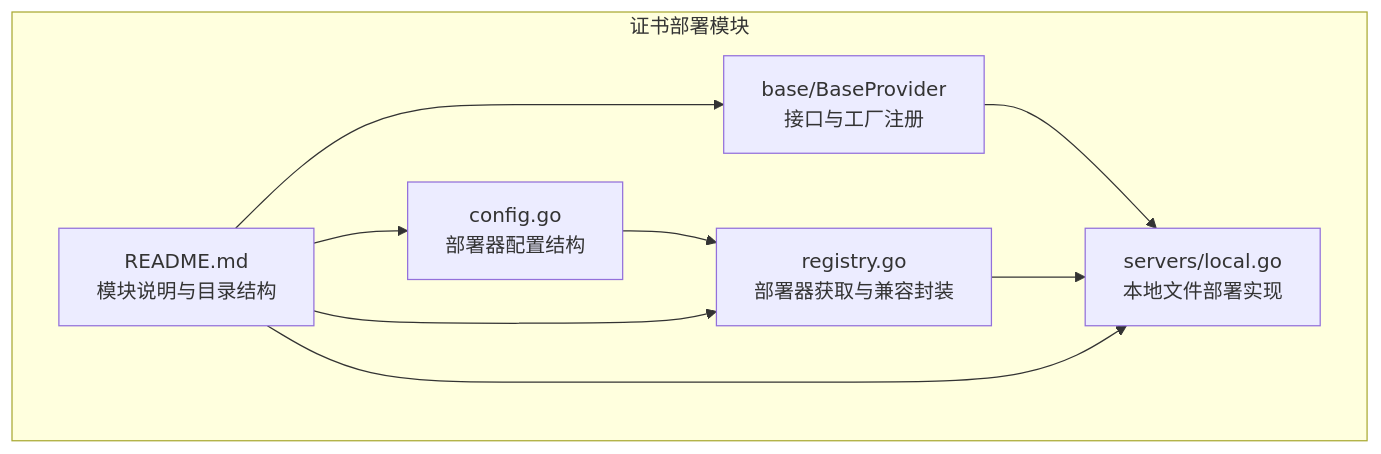
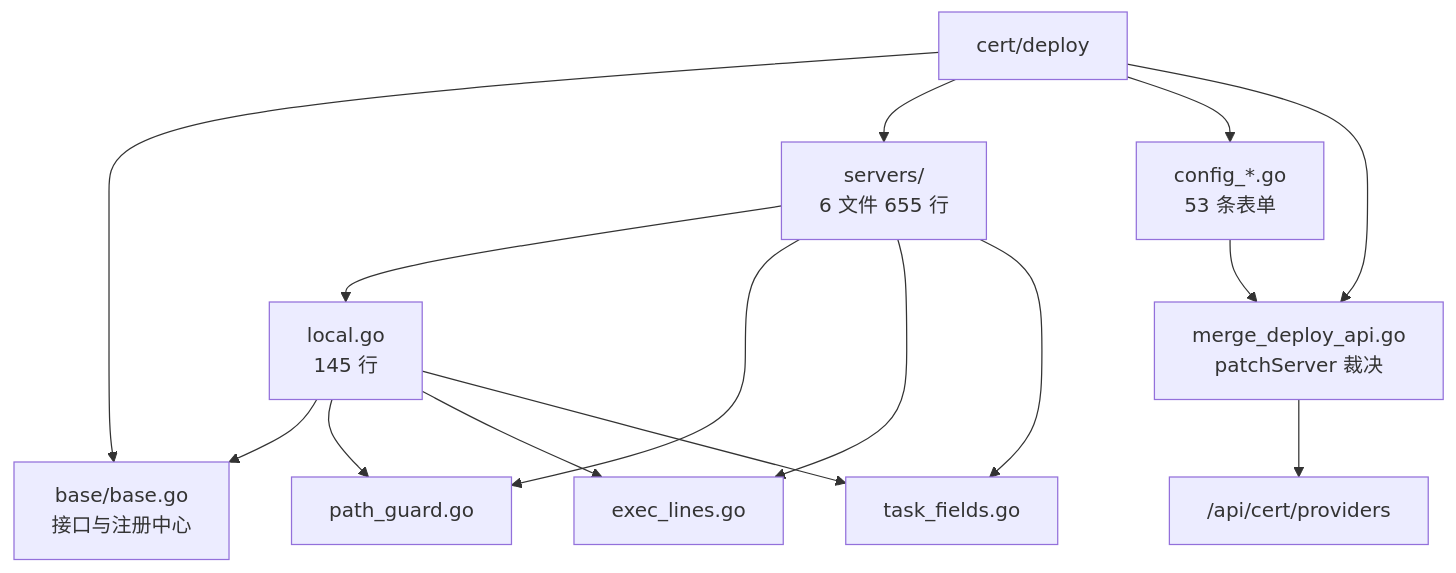
Before and after one commit to x01n/dnsplane: the first of 6 diagrams in docs/证书管理功能/证书部署策略/本地文件部署.md, drawn with Mermaid. The commit also changed other lines of this file and 326 other files, not shown here.

````diff
--- a/docs/证书管理功能/证书部署策略/本地文件部署.md
+++ b/docs/证书管理功能/证书部署策略/本地文件部署.md
@@ -33,17 +102,27 @@
 ```mermaid
 graph TB
-subgraph "证书部署模块"
-A["base/BaseProvider<br/>接口与工厂注册"]
-B["servers/local.go<br/>本地文件部署实现"]
-C["config.go<br/>部署器配置结构"]
-D["registry.go<br/>部署器获取与兼容封装"]
-E["README.md<br/>模块说明与目录结构"]
-end
-A --> B
-C --> D
-D --> B
-E --> A
-E --> B
-E --> C
-E --> D
+  ROOT["cert/deploy"]
+  BASE["base/base.go<br/>接口与注册中心"]
+  SERVERS["servers/<br/>6 文件 655 行"]
+  CFG["config_*.go<br/>53 条表单"]
+  MERGE["merge_deploy_api.go<br/>patchServer 裁决"]
+  LOCAL["local.go<br/>145 行"]
+  GUARD["path_guard.go"]
+  EXECL["exec_lines.go"]
+  FIELDS["task_fields.go"]
+
+  ROOT --> BASE
+  ROOT --> SERVERS
+  ROOT --> CFG
+  ROOT --> MERGE
+  SERVERS --> LOCAL
+  SERVERS --> GUARD
+  SERVERS --> EXECL
+  SERVERS --> FIELDS
+  LOCAL --> BASE
+  LOCAL --> GUARD
+  LOCAL --> EXECL
+  LOCAL --> FIELDS
+  CFG --> MERGE
+  MERGE --> API["/api/cert/providers"]
 ```
````
